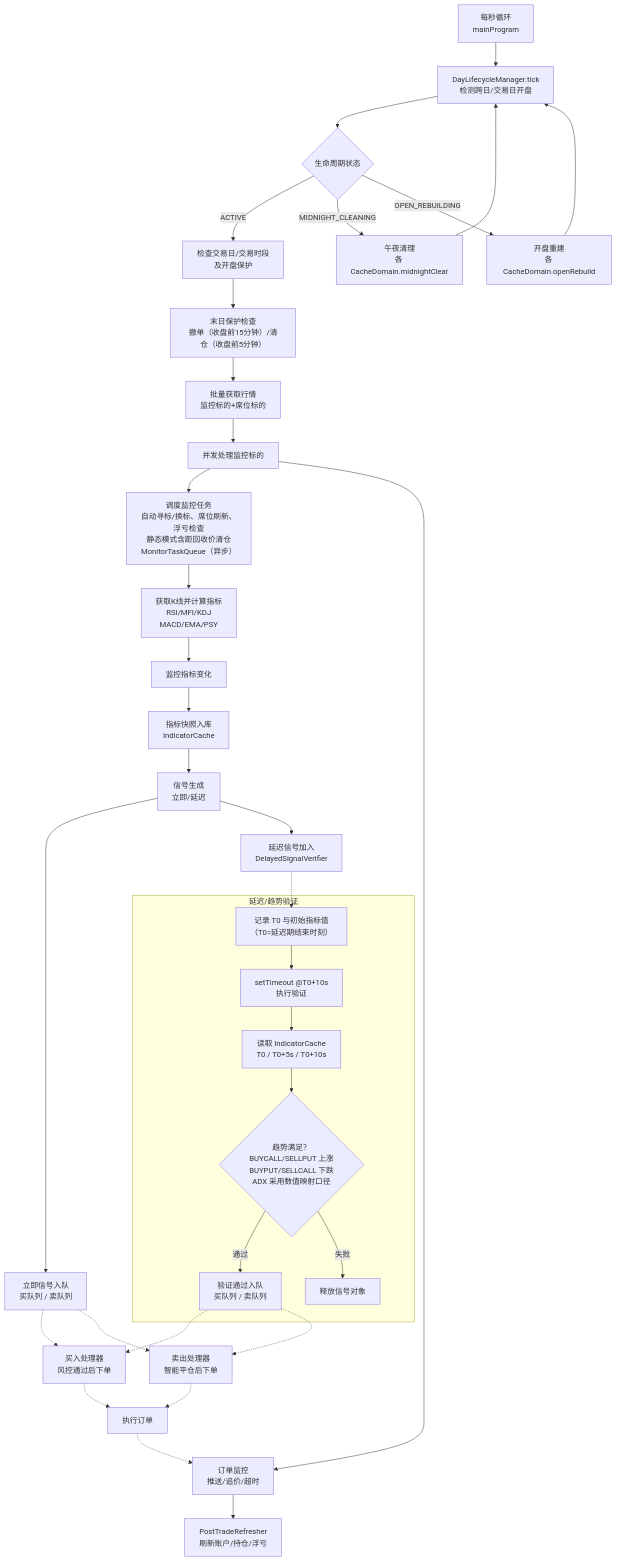
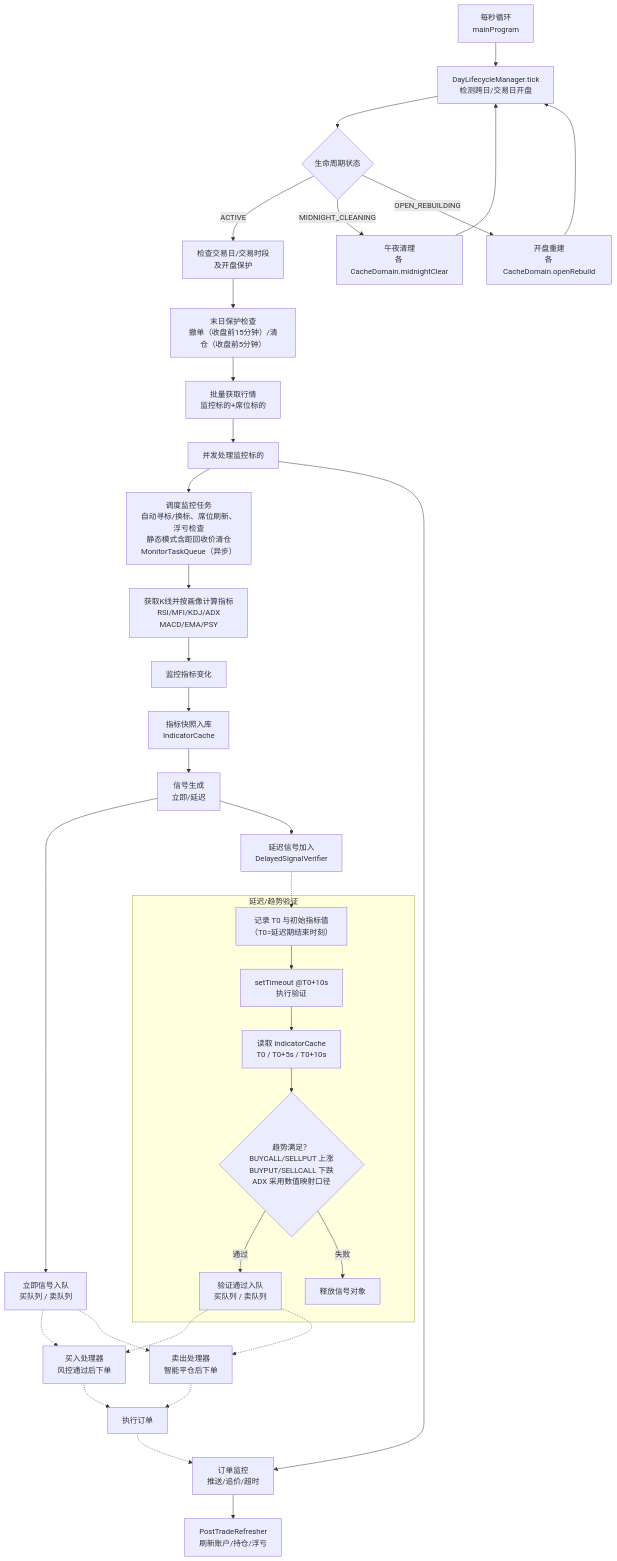
One commit to zhengyongjie16/Longbridge-Quantitative-Trading changed the diagram in README.md. Above: the diagram before and after it, drawn with Mermaid. The commit also changed other lines of this file and 2 other files, not shown here.

````diff
--- a/README.md
+++ b/README.md
@@ -308,39 +308,39 @@
 ```mermaid
 graph TD
   A["每秒循环<br/>mainProgram"] --> A1["DayLifecycleManager.tick<br/>检测跨日/交易日开盘"]
   A1 --> A2{"生命周期状态"}
   A2 -->|ACTIVE| B["检查交易日/交易时段<br/>及开盘保护"]
   A2 -->|MIDNIGHT_CLEANING| A3["午夜清理<br/>各 CacheDomain.midnightClear"]
   A2 -->|OPEN_REBUILDING| A4["开盘重建<br/>各 CacheDomain.openRebuild"]
   A3 --> A1
   A4 --> A1
   B --> C["末日保护检查<br/>撤单（收盘前15分钟）/清仓（收盘前5分钟）"]
   C --> D["批量获取行情<br/>监控标的+席位标的"]
   D --> E["并发处理监控标的"]
   E --> E1["调度监控任务<br/>自动寻标/换标、席位刷新、浮亏检查<br/>静态模式含距回收价清仓<br/>MonitorTaskQueue（异步）"]
-  E1 --> E2["获取K线并计算指标<br/>RSI/MFI/KDJ<br/>MACD/EMA/PSY"]
+  E1 --> E2["获取K线并按画像计算指标<br/>RSI/MFI/KDJ/ADX<br/>MACD/EMA/PSY"]
   E2 --> E3["监控指标变化"]
   E3 --> E4["指标快照入库<br/>IndicatorCache"]
   E4 --> E5["信号生成<br/>立即/延迟"]
   E5 --> F1["立即信号入队<br/>买队列 / 卖队列"]
   E5 --> F2["延迟信号加入<br/>DelayedSignalVerifier"]
   F1 -.-> G1["买入处理器<br/>风控通过后下单"]
   F1 -.-> G2["卖出处理器<br/>智能平仓后下单"]
   G1 -.-> I["执行订单"]
   G2 -.-> I
   E --> J["订单监控<br/>推送/追价/超时"]
   J --> K["PostTradeRefresher<br/>刷新账户/持仓/浮亏"]
   I -.-> J
 
   subgraph DS ["延迟/趋势验证"]
     D1["记录 T0 与初始指标值<br/>（T0=延迟期结束时刻）"] --> D2["setTimeout @T0+10s<br/>执行验证"]
     D2 --> D3["读取 IndicatorCache<br/>T0 / T0+5s / T0+10s"]
     D3 --> D4{"趋势满足？<br/>BUYCALL/SELLPUT 上涨<br/>BUYPUT/SELLCALL 下跌<br/>ADX 采用数值映射口径"}
     D4 -->|通过| D5["验证通过入队<br/>买队列 / 卖队列"]
     D4 -->|失败| D6["释放信号对象"]
   end
 
   F2 -.-> D1
   D5 -.-> G1
   D5 -.-> G2
 ```
````
